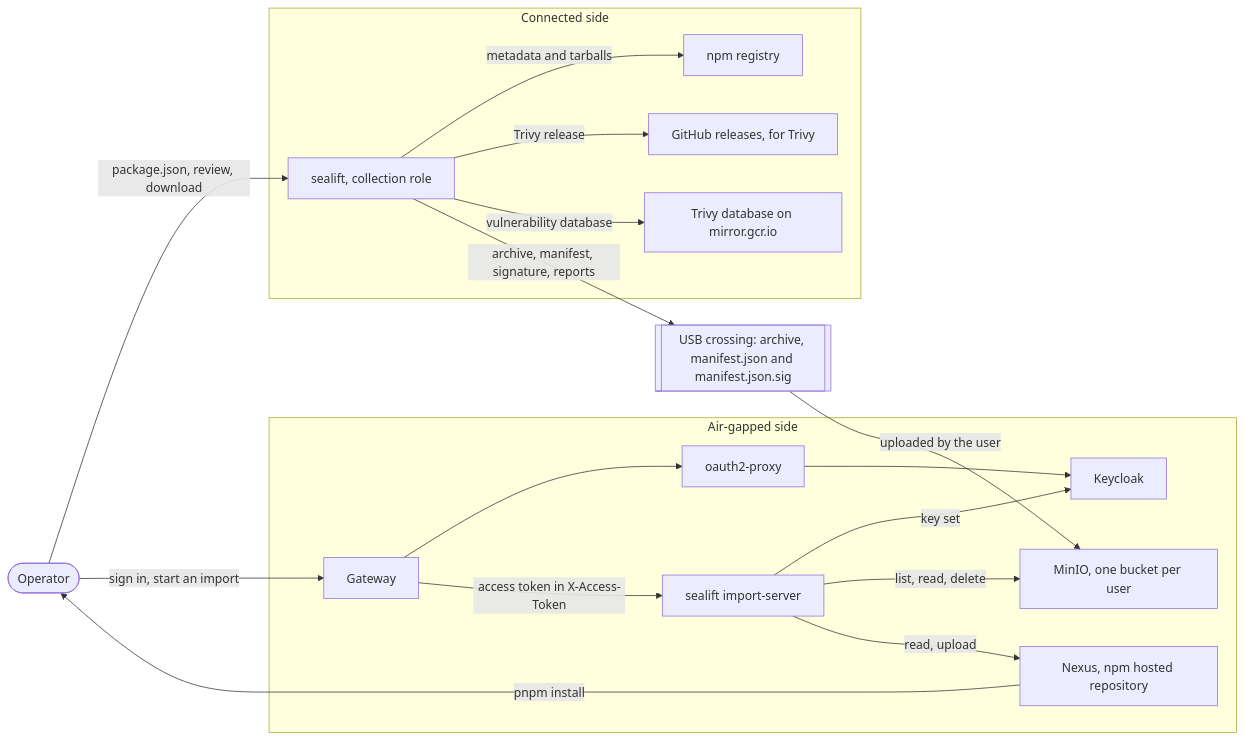
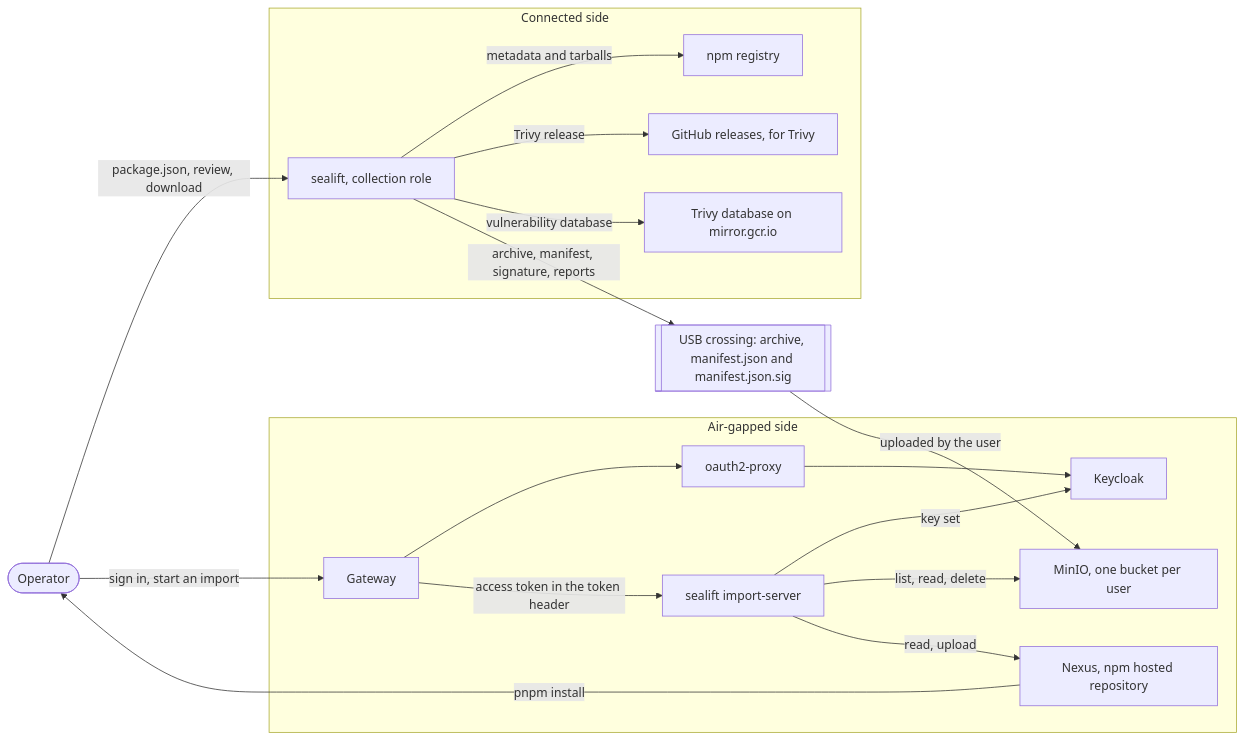
The first of 3 diagrams in docs/overview.md (MorganKryze/sealift), drawn with Mermaid before and after one commit. The commit also changed other lines of this file and 11 other files, not shown here.

First line of the commit message:
docs: add the deployment runbook, the chart page and the admin request

````diff
--- a/docs/overview.md
+++ b/docs/overview.md
@@ -16,37 +16,37 @@
 ```mermaid
 flowchart LR
   user(["Operator"])
 
   subgraph connected["Connected side"]
     sealift["sealift, collection role"]
     npm["npm registry"]
     gh["GitHub releases, for Trivy"]
     db["Trivy database on mirror.gcr.io"]
   end
 
   usb[["USB crossing: archive, manifest.json and manifest.json.sig"]]
 
   subgraph airgap["Air-gapped side"]
     gw["Gateway"]
     proxy["oauth2-proxy"]
     kc["Keycloak"]
     minio["MinIO, one bucket per user"]
     imp["sealift import-server"]
     nexus["Nexus, npm hosted repository"]
   end
 
   user -->|"package.json, review, download"| sealift
   sealift -->|"metadata and tarballs"| npm
   sealift -->|"Trivy release"| gh
   sealift -->|"vulnerability database"| db
   sealift -->|"archive, manifest, signature, reports"| usb
   usb -->|"uploaded by the user"| minio
   user -->|"sign in, start an import"| gw
   gw --> proxy
   proxy --> kc
-  gw -->|"access token in X-Access-Token"| imp
+  gw -->|"access token in the token header"| imp
   imp -->|"key set"| kc
   imp -->|"list, read, delete"| minio
   imp -->|"read, upload"| nexus
   nexus -->|"pnpm install"| user
 ```
````
